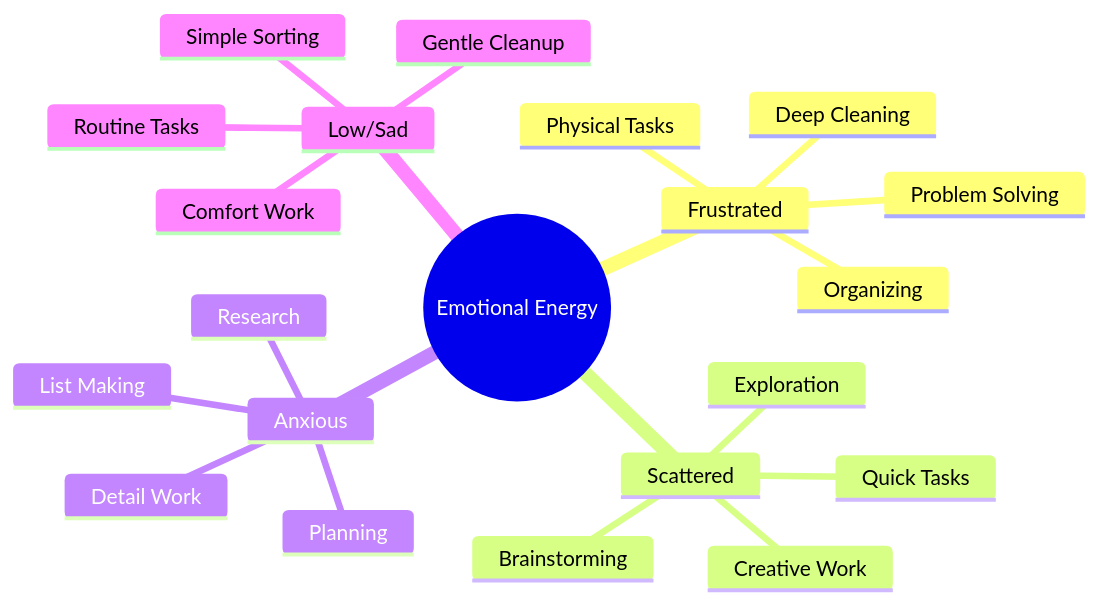
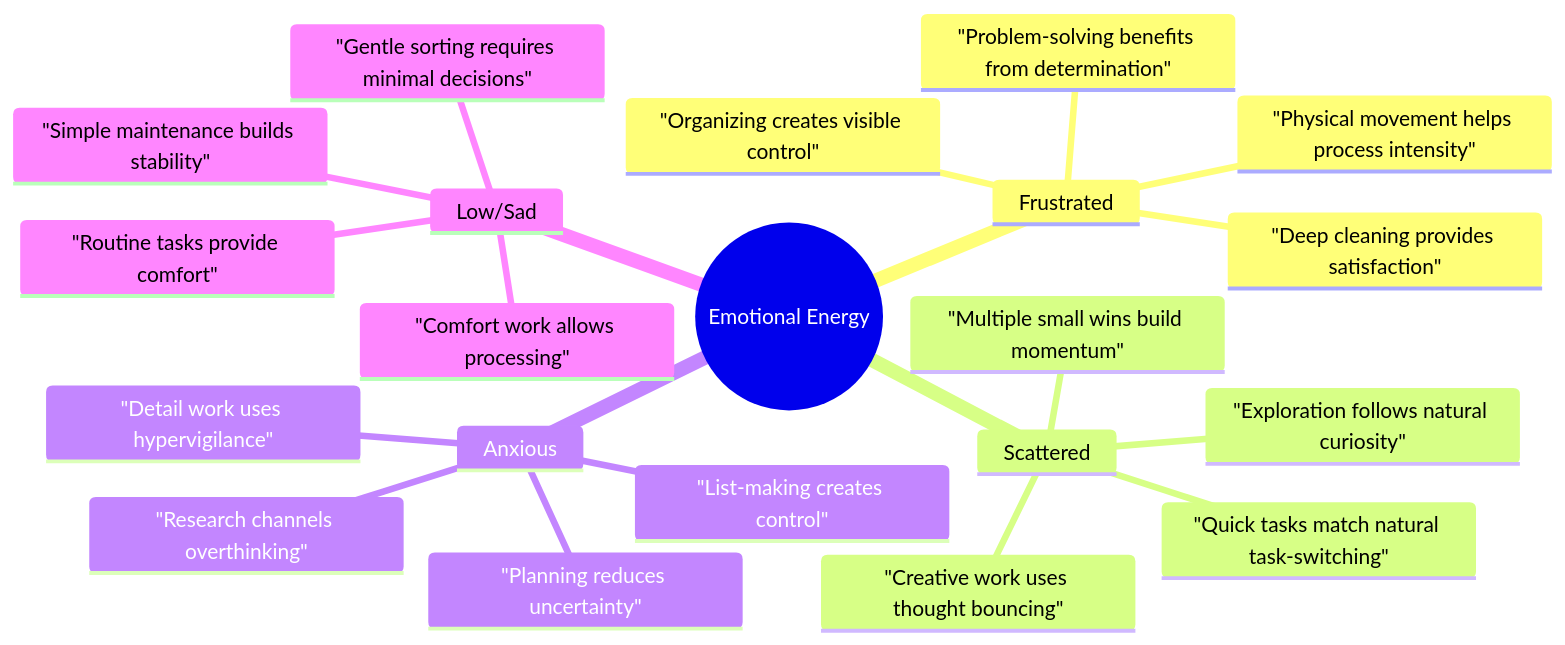
Before and after one commit to bahoerres/DIFFrnt: the diagram in content/Emotion-Task Bridge.md, drawn with Mermaid. The commit also changed other lines of this file, not shown here.

Commit message:
updated emotion-task bridge

````diff
--- a/content/Emotion-Task Bridge.md
+++ b/content/Emotion-Task Bridge.md
@@ -19,24 +20,24 @@
 ```mermaid
 mindmap
   root((Emotional Energy))
     Frustrated
-      Physical Tasks
-      Problem Solving
-      Organizing
-      Deep Cleaning
+      "Physical movement helps process intensity"
+      "Problem-solving benefits from determination"
+      "Organizing creates visible control"
+      "Deep cleaning provides satisfaction"
     Scattered
-      Brainstorming
-      Quick Tasks
-      Creative Work
-      Exploration
+      "Quick tasks match natural task-switching"
+      "Creative work uses thought bouncing"
+      "Exploration follows natural curiosity"
+      "Multiple small wins build momentum"
     Anxious
-      Research
-      List Making
-      Planning
-      Detail Work
+      "Detail work uses hypervigilance"
+      "List-making creates control"
+      "Planning reduces uncertainty"
+      "Research channels overthinking"
     Low/Sad
-      Routine Tasks
-      Simple Sorting
-      Gentle Cleanup
-      Comfort Work
+      "Routine tasks provide comfort"
+      "Gentle sorting requires minimal decisions"
+      "Simple maintenance builds stability"
+      "Comfort work allows processing"
 ```
````
